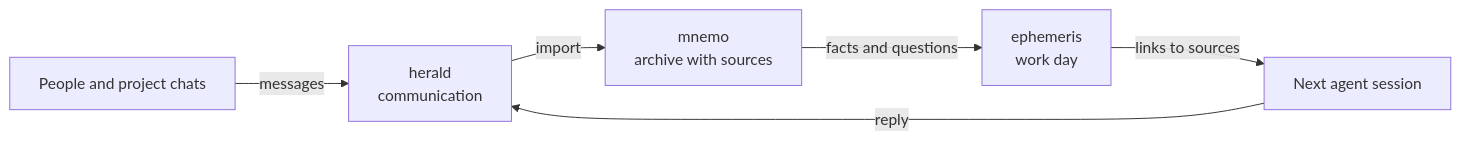
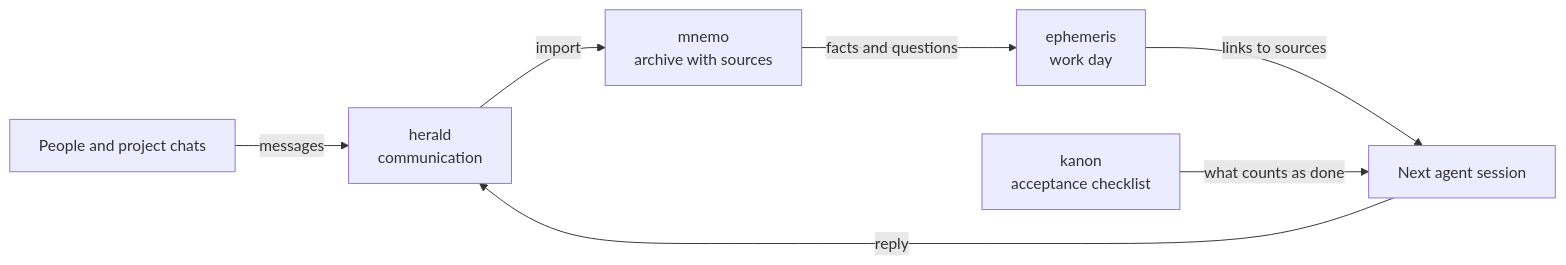
Before and after one commit to ZenonEl/ZenonEl: the diagram in README.md, drawn with Mermaid. The commit also changed other lines of this file and 1 other file, not shown here.

Commit message:
Profile: ephemeris, kanon and the smaller projects

````diff
--- a/README.md
+++ b/README.md
@@ -49,8 +65,9 @@
 ```mermaid
 flowchart LR
     people["People and project chats"] -->|messages| herald["herald<br/>communication"]
     herald -->|import| mnemo["mnemo<br/>archive with sources"]
     mnemo -->|facts and questions| ephemeris["ephemeris<br/>work day"]
     ephemeris -->|links to sources| session["Next agent session"]
+    kanon["kanon<br/>acceptance checklist"] -->|what counts as done| session
     session -->|reply| herald
 ```
````
